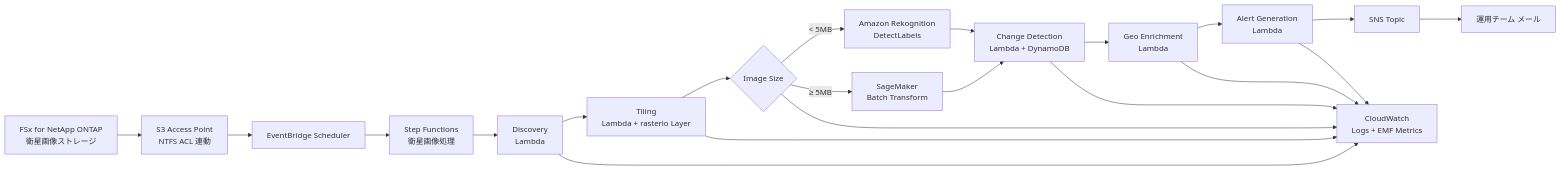
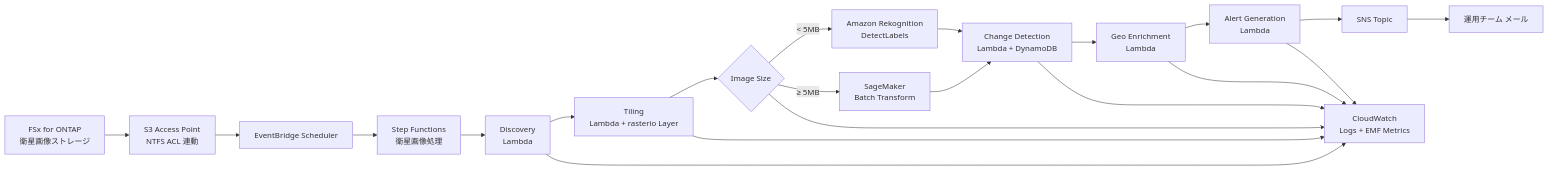
The diagram in defense-satellite/docs/architecture.md (Yoshiki0705/FSx-for-ONTAP-S3AccessPoints-Serverless-Patterns), drawn with Mermaid before and after one commit. The commit also changed other lines of this file and 597 other files, not shown here.

````diff
--- a/defense-satellite/docs/architecture.md
+++ b/defense-satellite/docs/architecture.md
@@ -13,18 +13,18 @@
 ```mermaid
 graph LR
-    FSx[FSx for NetApp ONTAP<br/>衛星画像ストレージ] --> S3AP[S3 Access Point<br/>NTFS ACL 連動]
+    FSx[FSx for ONTAP<br/>衛星画像ストレージ] --> S3AP[S3 Access Point<br/>NTFS ACL 連動]
     S3AP --> EB[EventBridge Scheduler]
     EB --> SFN[Step Functions<br/>衛星画像処理]
     SFN --> L1[Discovery<br/>Lambda]
     L1 --> L2[Tiling<br/>Lambda + rasterio Layer]
     L2 --> L3{Image Size}
     L3 -->|< 5MB| Rek[Amazon Rekognition<br/>DetectLabels]
     L3 -->|≥ 5MB| SM[SageMaker<br/>Batch Transform]
     Rek --> L4[Change Detection<br/>Lambda + DynamoDB]
     SM --> L4
     L4 --> L5[Geo Enrichment<br/>Lambda]
     L5 --> L6[Alert Generation<br/>Lambda]
     L6 --> SNS[SNS Topic]
     SNS --> Mail[運用チーム メール]
     L1 & L2 & L3 & L4 & L5 & L6 --> CW[CloudWatch<br/>Logs + EMF Metrics]
 ```
````
